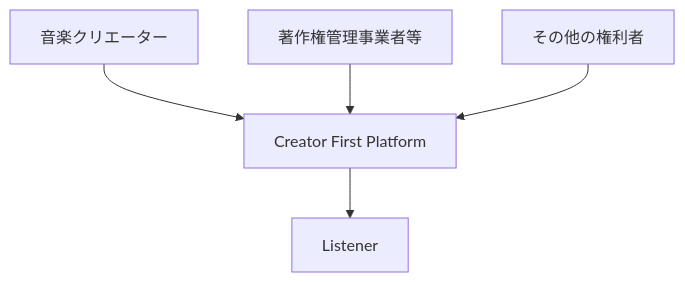
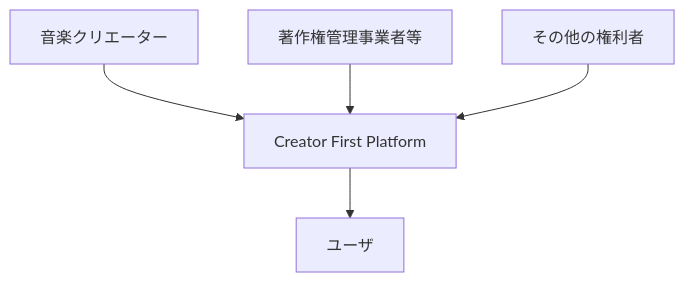
Before and after one commit to ShigeichiroYamasaki/creator-first-platform: the fifth of 17 diagrams in docs/whitepaper/03-rights-and-money.md, drawn with Mermaid. The commit also changed other lines of this file and 72 other files, not shown here.

````diff
--- a/docs/whitepaper/03-rights-and-money.md
+++ b/docs/whitepaper/03-rights-and-money.md
@@ -133,7 +133,7 @@
 ```mermaid
 flowchart TD
     CREATOR[音楽クリエーター] --> CFP[Creator First Platform]
     CMO[著作権管理事業者等] --> CFP
     OTHER[その他の権利者] --> CFP
-    CFP --> USER[Listener]
+    CFP --> USER[ユーザ]
 ```
````
